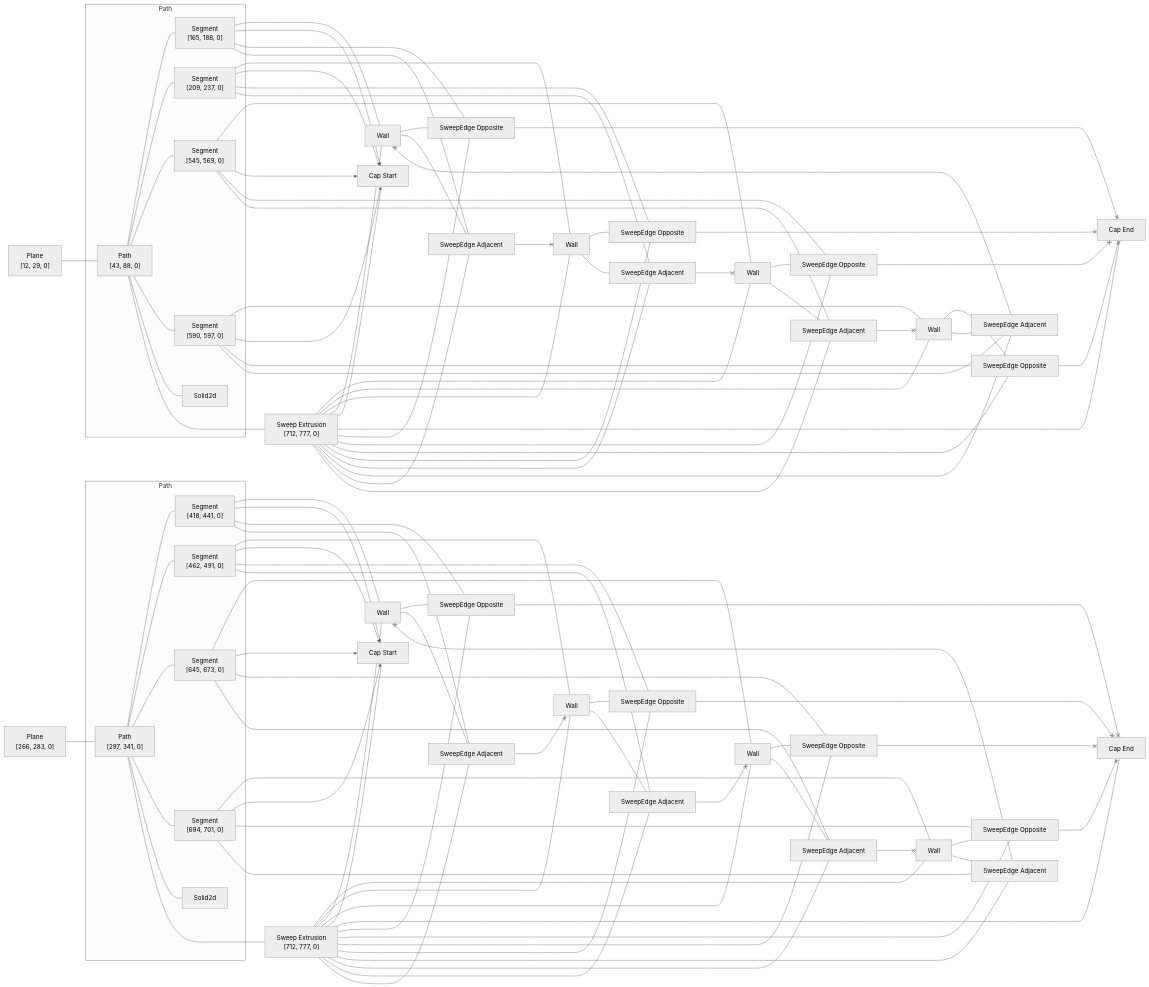
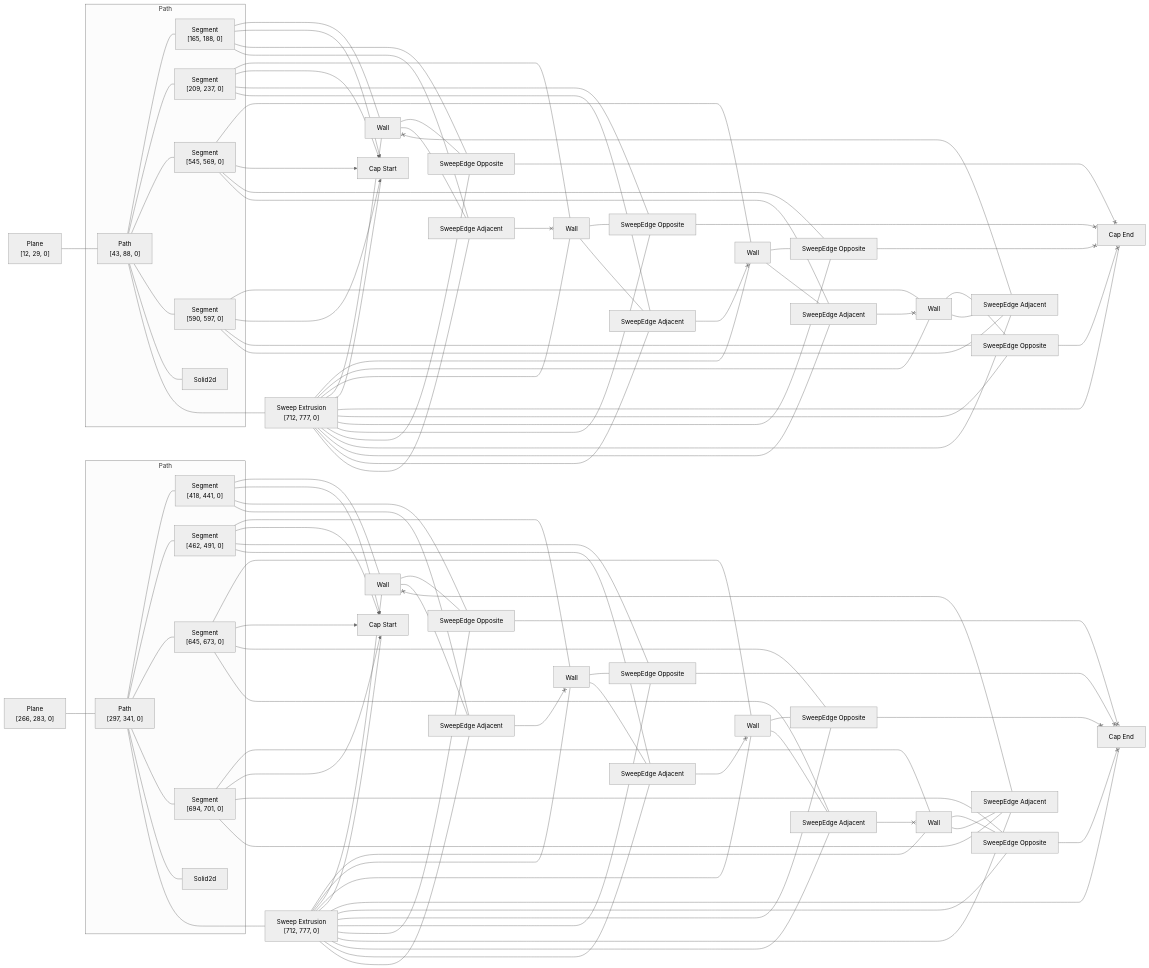
Before and after one commit to rajgandhi1/modeling-app: the diagram in rust/kcl-lib/tests/out_of_band_sketches/artifact_graph_flowchart.snap.md, drawn with Mermaid (neutral theme). The commit also changed 101 other files, not shown here.

```diff
--- a/rust/kcl-lib/tests/out_of_band_sketches/artifact_graph_flowchart.snap.md
+++ b/rust/kcl-lib/tests/out_of_band_sketches/artifact_graph_flowchart.snap.md
@@ -64,35 +64,35 @@
   4 ---- 15
   5 --- 24
   5 x--> 26
-  5 --- 33
-  5 --- 43
+  5 --- 36
+  5 --- 44
   6 --- 23
   6 x--> 26
-  6 --- 36
-  6 --- 41
+  6 --- 35
+  6 --- 43
   7 --- 19
   7 x--> 25
-  7 --- 29
+  7 --- 32
   7 --- 40
   8 --- 18
   8 x--> 25
-  8 --- 32
+  8 --- 31
   8 --- 39
   9 --- 21
   9 x--> 26
   9 --- 34
-  9 --- 44
+  9 --- 42
   10 --- 22
   10 x--> 26
-  10 --- 35
-  10 --- 42
+  10 --- 33
+  10 --- 41
   11 --- 20
   11 x--> 25
-  11 --- 31
+  11 --- 30
   11 --- 38
   12 --- 17
   12 x--> 25
-  12 --- 30
+  12 --- 29
   12 --- 37
   15 --- 17
   15 --- 18
@@ -122,30 +122,30 @@
   16 --- 42
   16 --- 43
   16 --- 44
-  17 --- 30
+  17 --- 29
   17 --- 37
   38 <--x 17
-  18 --- 32
+  18 --- 31
   18 --- 39
   40 <--x 18
-  19 --- 29
+  19 --- 32
   37 <--x 19
   19 --- 40
-  20 --- 31
+  20 --- 30
   20 --- 38
   39 <--x 20
   21 --- 34
-  41 <--x 21
-  21 --- 44
-  22 --- 35
-  22 --- 42
-  44 <--x 22
-  23 --- 36
-  23 --- 41
-  43 <--x 23
-  24 --- 33
-  42 <--x 24
-  24 --- 43
+  21 --- 42
+  43 <--x 21
+  22 --- 33
+  22 --- 41
+  42 <--x 22
+  23 --- 35
+  23 --- 43
+  44 <--x 23
+  24 --- 36
+  41 <--x 24
+  24 --- 44
   29 <--x 27
   30 <--x 27
   31 <--x 27
```
